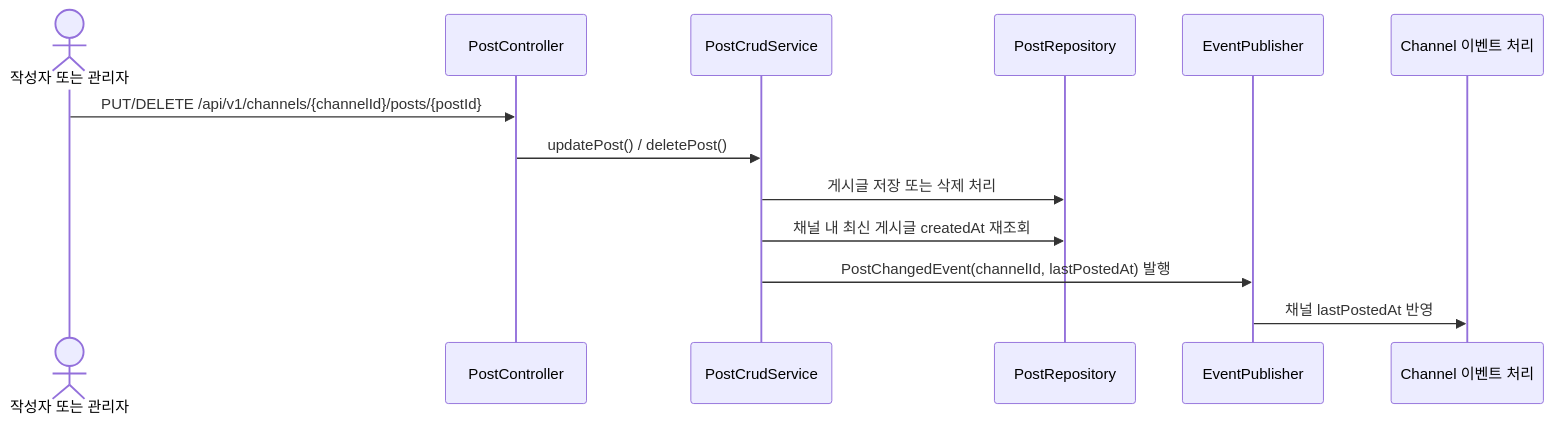
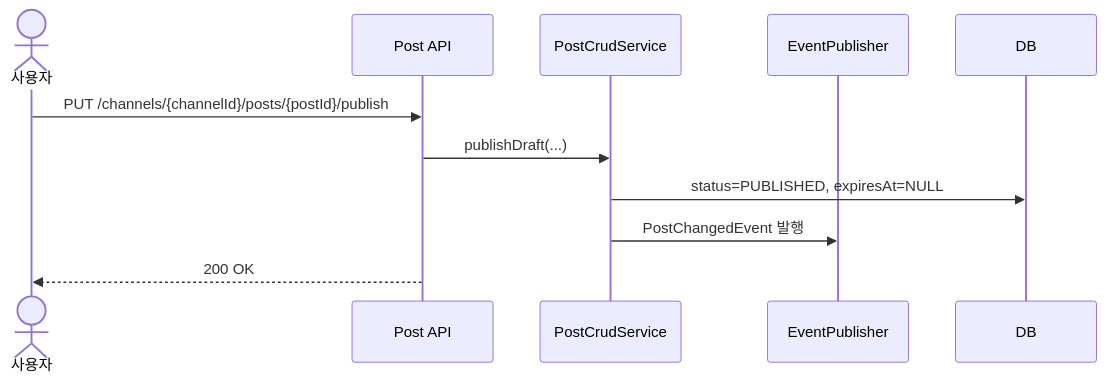
Before and after one commit to Geumjeongyahak/Backend: the third of 4 diagrams in docs/api/Posts.md, drawn with Mermaid. The commit also changed other lines of this file and 16 other files, not shown here.

First line of the commit message:
feat(channel, post, entity): post 엔티티 재설계 및 JPA 연동

````diff
--- a/docs/api/Posts.md
+++ b/docs/api/Posts.md
@@ -260,16 +285,14 @@
 ```mermaid
 sequenceDiagram
-    actor User as 작성자 또는 관리자
-    participant API as PostController
+    actor User as 사용자
+    participant API as Post API
     participant Service as PostCrudService
-    participant DB as PostRepository
     participant Event as EventPublisher
-    participant ChannelHandler as Channel 이벤트 처리
+    participant DB as DB
 
-    User->>API: PUT/DELETE /api/v1/channels/{channelId}/posts/{postId}
-    API->>Service: updatePost() / deletePost()
-    Service->>DB: 게시글 저장 또는 삭제 처리
-    Service->>DB: 채널 내 최신 게시글 createdAt 재조회
-    Service->>Event: PostChangedEvent(channelId, lastPostedAt) 발행
-    Event->>ChannelHandler: 채널 lastPostedAt 반영
+    User->>API: PUT /channels/{channelId}/posts/{postId}/publish
+    API->>Service: publishDraft(...)
+    Service->>DB: status=PUBLISHED, expiresAt=NULL
+    Service->>Event: PostChangedEvent 발행
+    API-->>User: 200 OK
 ```
````
